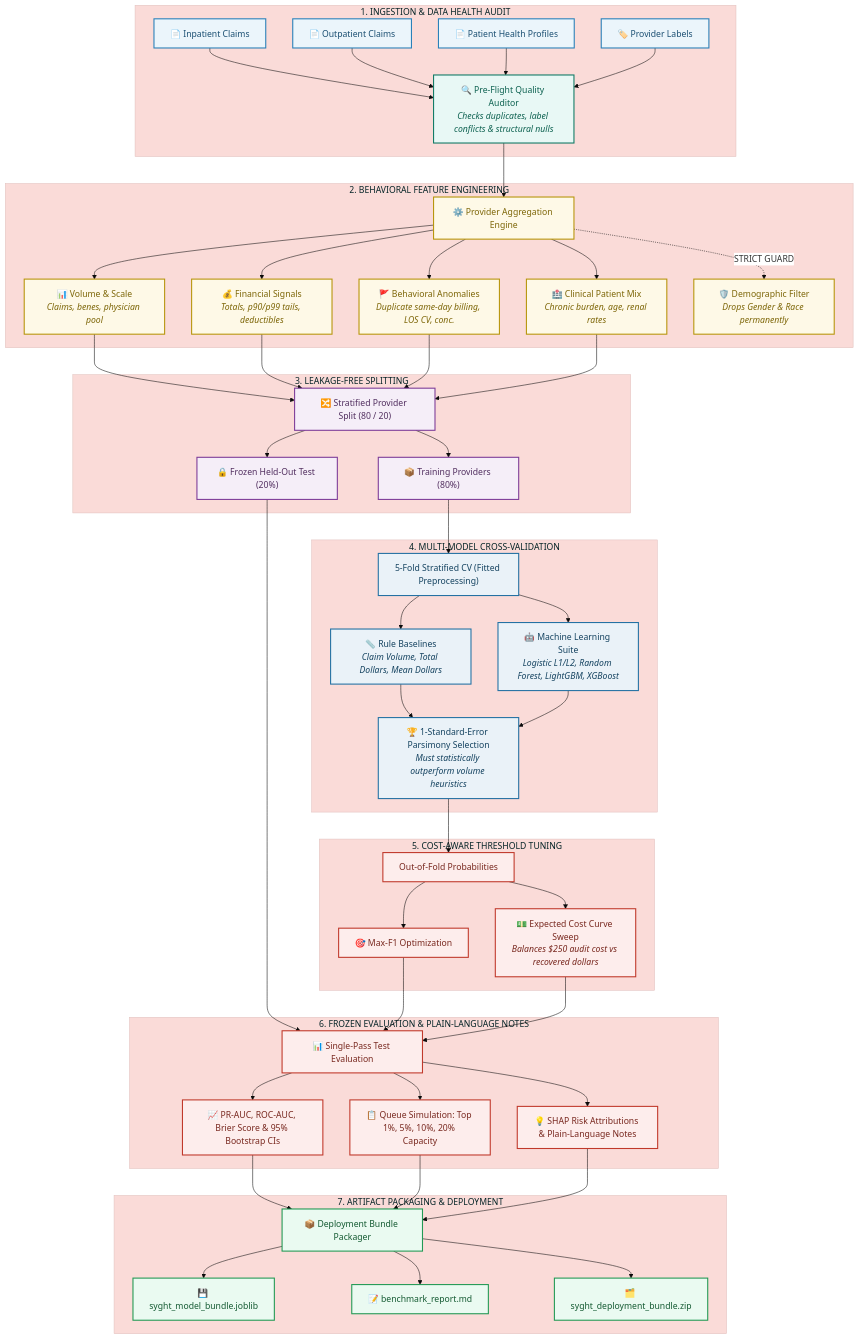
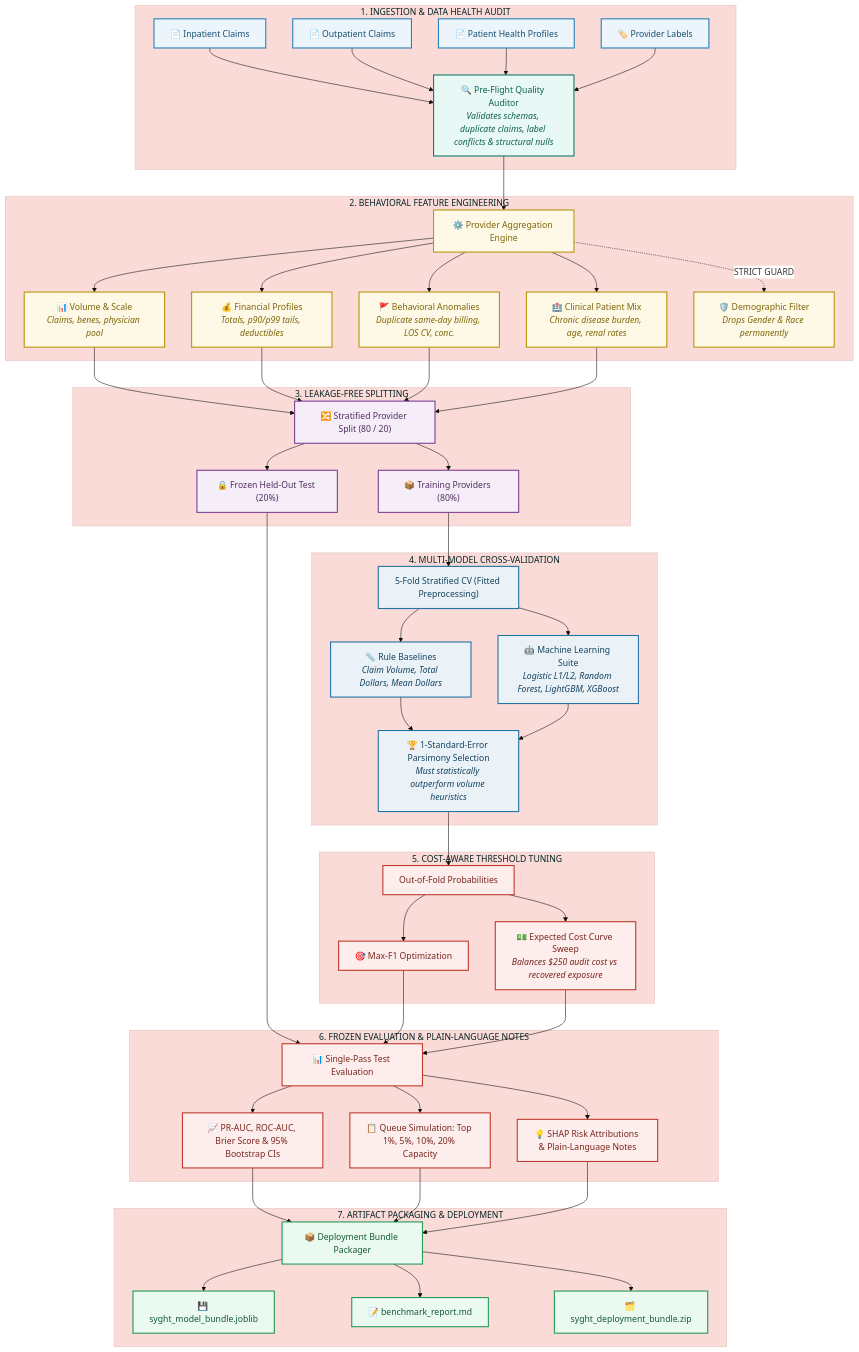
Before and after one commit to toffee4u/Syght: the diagram in README.md, drawn with Mermaid. The commit also changed other lines of this file, not shown here.

````diff
--- a/README.md
+++ b/README.md
@@ -51,61 +51,61 @@
 ```mermaid
 %%{init: {'theme': 'base', 'themeVariables': { 'primaryColor': '#EBF5FB', 'edgeLabelBackground':'#ffffff', 'tertiaryColor': '#FADBD8'}}}%%
 flowchart TD
     classDef input fill:#EBF5FB,stroke:#2980B9,stroke-width:2px,color:#1B4F72;
     classDef audit fill:#E8F8F5,stroke:#117A65,stroke-width:2px,color:#0E6251;
     classDef feature fill:#FEF9E7,stroke:#B7950B,stroke-width:2px,color:#7D6608;
     classDef split fill:#F5EEF8,stroke:#7D3C98,stroke-width:2px,color:#512E5F;
     classDef model fill:#EAF2F8,stroke:#2471A3,stroke-width:2px,color:#154360;
     classDef eval fill:#FDEDEC,stroke:#C0392B,stroke-width:2px,color:#78281F;
     classDef export fill:#EAFAF1,stroke:#229954,stroke-width:2px,color:#145A32;
 
     subgraph Phase1["1. INGESTION & DATA HEALTH AUDIT"]
         A1["📄 Inpatient Claims"]:::input
         A2["📄 Outpatient Claims"]:::input
         A3["📄 Patient Health Profiles"]:::input
         A4["🏷️ Provider Labels"]:::input
-        A1 & A2 & A3 & A4 --> B1["🔍 Pre-Flight Quality Auditor<br/><i>Checks duplicates, label conflicts & structural nulls</i>"]:::audit
+        A1 & A2 & A3 & A4 --> B1["🔍 Pre-Flight Quality Auditor<br/><i>Validates schemas, duplicate claims, label conflicts & structural nulls</i>"]:::audit
     end
 
     subgraph Phase2["2. BEHAVIORAL FEATURE ENGINEERING"]
         B1 --> C1["⚙️ Provider Aggregation Engine"]:::feature
         C1 --> F1["📊 Volume & Scale<br/><i>Claims, benes, physician pool</i>"]:::feature
-        C1 --> F2["💰 Financial Signals<br/><i>Totals, p90/p99 tails, deductibles</i>"]:::feature
+        C1 --> F2["💰 Financial Profiles<br/><i>Totals, p90/p99 tails, deductibles</i>"]:::feature
         C1 --> F3["🚩 Behavioral Anomalies<br/><i>Duplicate same-day billing, LOS CV, conc.</i>"]:::feature
-        C1 --> F4["🏥 Clinical Patient Mix<br/><i>Chronic burden, age, renal rates</i>"]:::feature
+        C1 --> F4["🏥 Clinical Patient Mix<br/><i>Chronic disease burden, age, renal rates</i>"]:::feature
         C1 -.->|STRICT GUARD| S1["🛡️ Demographic Filter<br/><i>Drops Gender & Race permanently</i>"]:::feature
     end
 
     subgraph Phase3["3. LEAKAGE-FREE SPLITTING"]
         F1 & F2 & F3 & F4 --> D1["🔀 Stratified Provider Split (80 / 20)"]:::split
         D1 --> TrainSet["📦 Training Providers (80%)"]:::split
         D1 --> TestSet["🔒 Frozen Held-Out Test (20%)"]:::split
     end
 
     subgraph Phase4["4. MULTI-MODEL CROSS-VALIDATION"]
         TrainSet --> CV["5-Fold Stratified CV (Fitted Preprocessing)"]:::model
         CV --> R["📏 Rule Baselines<br/><i>Claim Volume, Total Dollars, Mean Dollars</i>"]:::model
         CV --> M["🤖 Machine Learning Suite<br/><i>Logistic L1/L2, Random Forest, LightGBM, XGBoost</i>"]:::model
         R & M --> Sel["🏆 1-Standard-Error Parsimony Selection<br/><i>Must statistically outperform volume heuristics</i>"]:::model
     end
 
     subgraph Phase5["5. COST-AWARE THRESHOLD TUNING"]
         Sel --> OOF["Out-of-Fold Probabilities"]:::eval
         OOF --> T1["🎯 Max-F1 Optimization"]:::eval
-        OOF --> T2["💵 Expected Cost Curve Sweep<br/><i>Balances $250 audit cost vs recovered dollars</i>"]:::eval
+        OOF --> T2["💵 Expected Cost Curve Sweep<br/><i>Balances $250 audit cost vs recovered exposure</i>"]:::eval
     end
 
     subgraph Phase6["6. FROZEN EVALUATION & PLAIN-LANGUAGE NOTES"]
         TestSet & T1 & T2 --> FinalEval["📊 Single-Pass Test Evaluation"]:::eval
         FinalEval --> Met["📈 PR-AUC, ROC-AUC, Brier Score & 95% Bootstrap CIs"]:::eval
         FinalEval --> TopK["📋 Queue Simulation: Top 1%, 5%, 10%, 20% Capacity"]:::eval
         FinalEval --> SHAP["💡 SHAP Risk Attributions & Plain-Language Notes"]:::eval
     end
 
     subgraph Phase7["7. ARTIFACT PACKAGING & DEPLOYMENT"]
         Met & TopK & SHAP --> Pkg["📦 Deployment Bundle Packager"]:::export
         Pkg --> Out1["💾 syght_model_bundle.joblib"]:::export
         Pkg --> Out2["📝 benchmark_report.md"]:::export
         Pkg --> Out3["🗂️ syght_deployment_bundle.zip"]:::export
     end
 ```
````
